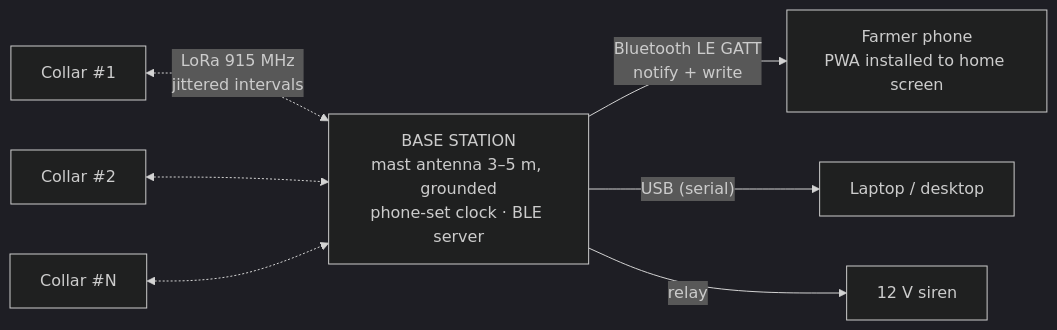
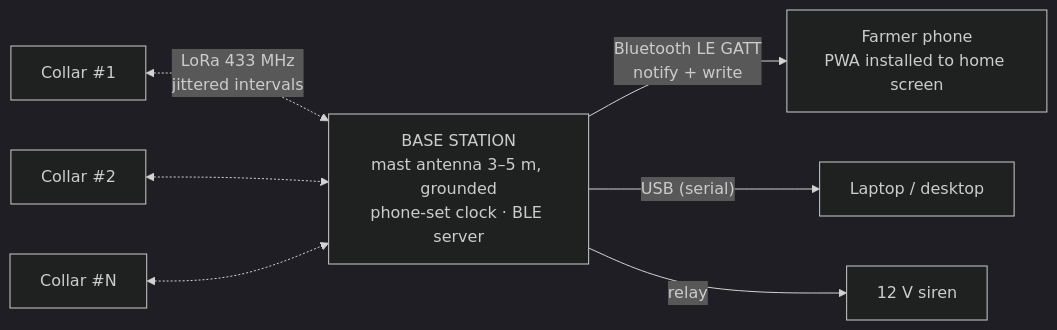
The second of 3 diagrams in docs/SYSTEM-ARCHITECTURE.md (qppd/smart-collar), drawn with Mermaid (dark theme) before and after one commit. The commit also changed other lines of this file and 10 other files, not shown here.

First line of the commit message:
Swap LoRa to SX1278 433MHz Ra-02 and GPS to GY-NEO6MV2 with ceramic antenna

````diff
--- a/docs/SYSTEM-ARCHITECTURE.md
+++ b/docs/SYSTEM-ARCHITECTURE.md
@@ -60,9 +60,9 @@
 ```mermaid
 flowchart LR
-    C1["Collar #1"] <-. "LoRa 915 MHz<br/>jittered intervals" .-> BASE["BASE STATION<br/>mast antenna 3–5 m, grounded<br/>phone-set clock · BLE server"]
+    C1["Collar #1"] <-. "LoRa 433 MHz<br/>jittered intervals" .-> BASE["BASE STATION<br/>mast antenna 3–5 m, grounded<br/>phone-set clock · BLE server"]
     C2["Collar #2"] <-.-> BASE
     CN["Collar #N"] <-.-> BASE
     BASE -- "Bluetooth LE GATT<br/>notify + write" --> PHONE["Farmer phone<br/>PWA installed to home screen"]
     BASE -- "USB (serial)" --> LAPTOP["Laptop / desktop"]
     BASE -- "relay" --> SIREN["12 V siren"]
 ```
````
